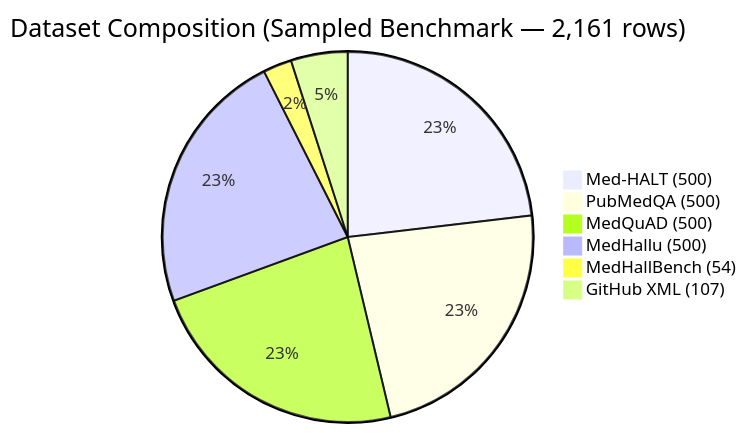
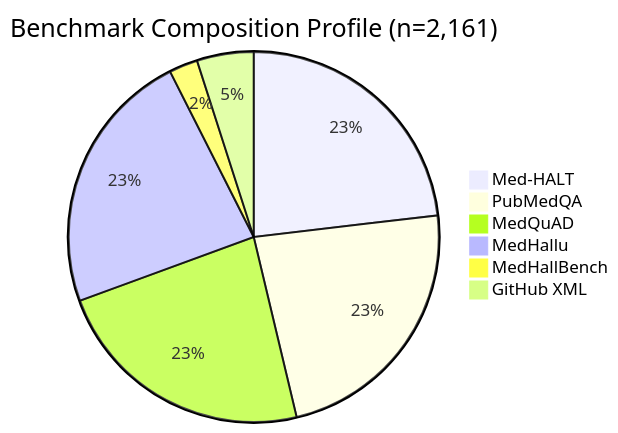
The eighth of 19 diagrams in CLINIGUARD_Project_Documentation_Report.md (yogeshravi19/cliniguard), drawn with Mermaid before and after one commit. The commit also changed other lines of this file and 1 other file, not shown here.

````diff
--- a/CLINIGUARD_Project_Documentation_Report.md
+++ b/CLINIGUARD_Project_Documentation_Report.md
@@ -350,9 +338,9 @@
 ```mermaid
-pie title Dataset Composition (Sampled Benchmark — 2,161 rows)
-    "Med-HALT (500)" : 500
-    "PubMedQA (500)" : 500
-    "MedQuAD (500)" : 500
-    "MedHallu (500)" : 500
-    "MedHallBench (54)" : 54
-    "GitHub XML (107)" : 107
+pie title Benchmark Composition Profile (n=2,161)
+    "Med-HALT" : 500
+    "PubMedQA" : 500
+    "MedQuAD" : 500
+    "MedHallu" : 500
+    "MedHallBench" : 54
+    "GitHub XML" : 107
 ```
````
